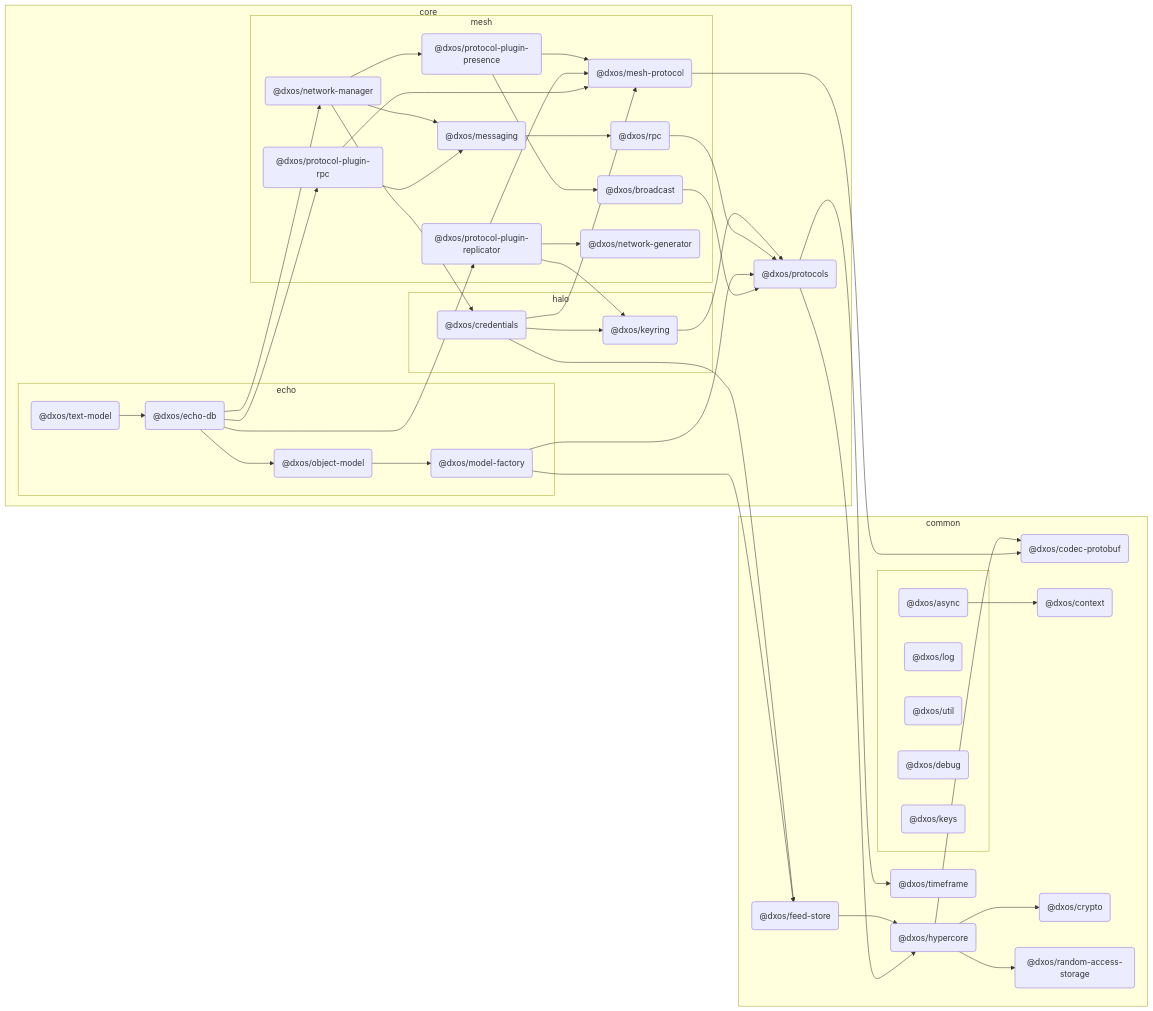
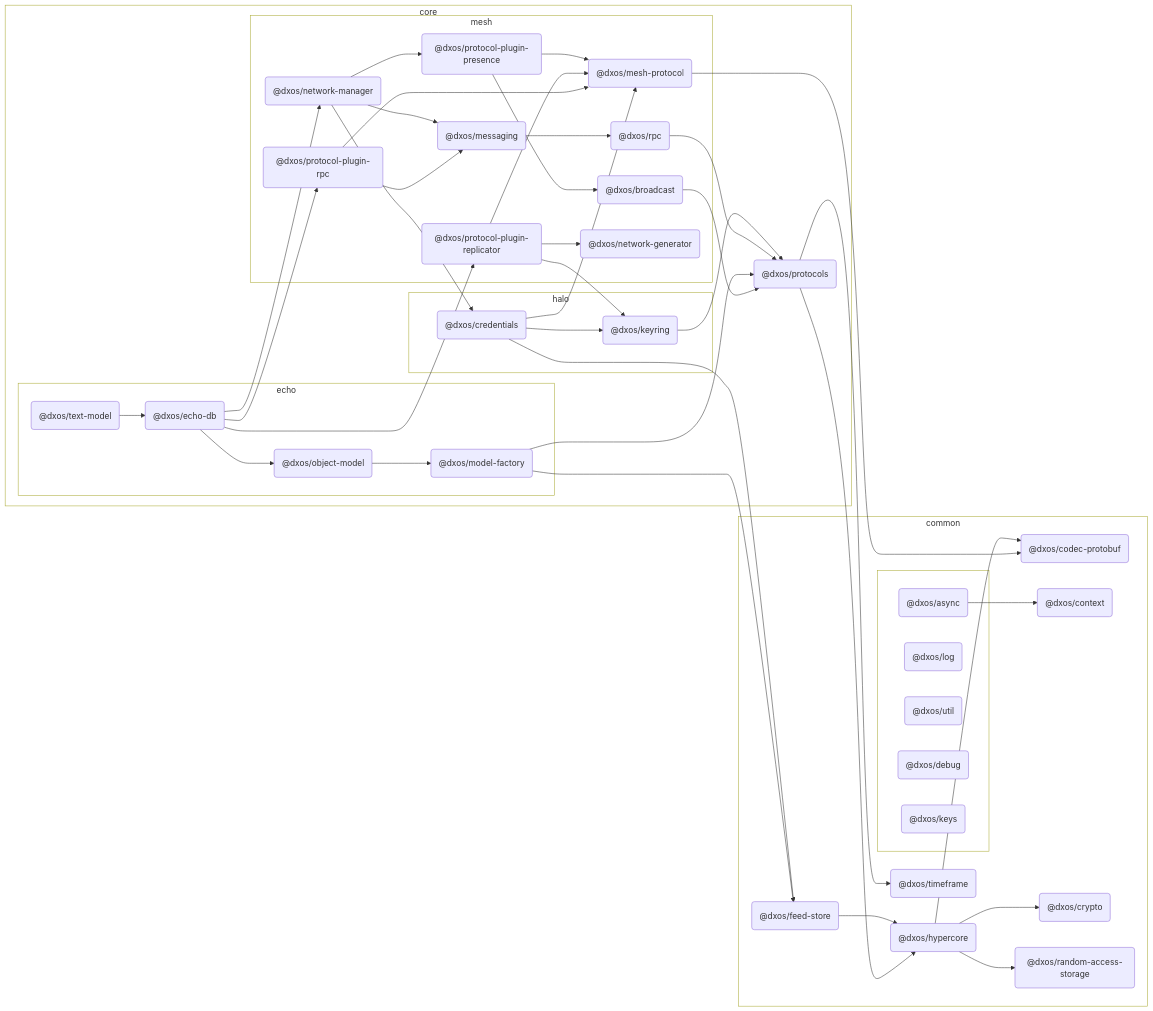
The diagram in packages/core/echo/text-model/docs/README.md (dxos/dxos), drawn with Mermaid before and after one commit. The commit also changed 80 other files, not shown here.

```diff
--- a/packages/core/echo/text-model/docs/README.md
+++ b/packages/core/echo/text-model/docs/README.md
@@ -9,13 +9,19 @@
 
 flowchart LR
 
+%% Classes
+
+
+
 %% Nodes
 
 subgraph core [core]
+  style core fill:transparent
   dxos/protocols("@dxos/protocols"):::def
   click dxos/protocols "dxos/dxos/tree/main/packages/core/protocols/docs"
 
   subgraph echo [echo]
+    style echo fill:transparent
     dxos/text-model("@dxos/text-model"):::root
     click dxos/text-model "dxos/dxos/tree/main/packages/core/echo/text-model/docs"
     dxos/echo-db("@dxos/echo-db"):::def
@@ -27,6 +33,7 @@
   end
 
   subgraph halo [halo]
+    style halo fill:transparent
     dxos/credentials("@dxos/credentials"):::def
     click dxos/credentials "dxos/dxos/tree/main/packages/core/halo/credentials/docs"
     dxos/keyring("@dxos/keyring"):::def
@@ -34,6 +41,7 @@
   end
 
   subgraph mesh [mesh]
+    style mesh fill:transparent
     dxos/mesh-protocol("@dxos/mesh-protocol"):::def
     click dxos/mesh-protocol "dxos/dxos/tree/main/packages/core/mesh/mesh-protocol/docs"
     dxos/messaging("@dxos/messaging"):::def
@@ -56,6 +64,7 @@
 end
 
 subgraph common [common]
+  style common fill:transparent
   dxos/codec-protobuf("@dxos/codec-protobuf"):::def
   click dxos/codec-protobuf "dxos/dxos/tree/main/packages/common/codec-protobuf/docs"
   dxos/context("@dxos/context"):::def
@@ -72,6 +81,7 @@
   click dxos/timeframe "dxos/dxos/tree/main/packages/common/timeframe/docs"
 
   subgraph _ [ ]
+    style _ fill:transparent
     dxos/async("@dxos/async"):::def
     click dxos/async "dxos/dxos/tree/main/packages/common/async/docs"
     dxos/log("@dxos/log"):::def
@@ -86,7 +96,6 @@
 end
 
 %% Links
-linkStyle default stroke:#333,stroke-width:1px
 dxos/async --> dxos/context
 dxos/text-model --> dxos/echo-db
 dxos/credentials --> dxos/feed-store
```
